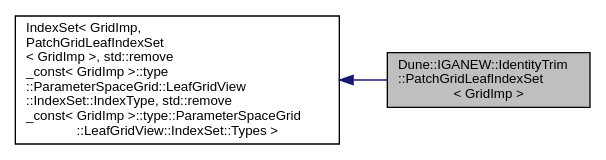
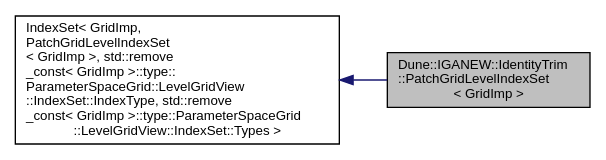
The diagram in d4/d49/a01590.dot (rath3t/dune-iga-doc), drawn with Graphviz before and after one commit. The commit also changed 602 other files, not shown here.

```diff
--- a/d4/d49/a01590.dot
+++ b/d4/d49/a01590.dot
@@ -1,10 +1,10 @@
-digraph "Dune::IGANEW::IdentityTrim::PatchGridLeafIndexSet&lt; GridImp &gt;"
+digraph "Dune::IGANEW::IdentityTrim::PatchGridLevelIndexSet&lt; GridImp &gt;"
 {
  // LATEX_PDF_SIZE
   edge [fontname="Helvetica",fontsize="10",labelfontname="Helvetica",labelfontsize="10"];
   node [fontname="Helvetica",fontsize="10",shape=record];
   rankdir="LR";
-  Node1 [label="Dune::IGANEW::IdentityTrim\l::PatchGridLeafIndexSet\l\< GridImp \>",height=0.2,width=0.4,color="black", fillcolor="grey75", style="filled", fontcolor="black",tooltip=" "];
+  Node1 [label="Dune::IGANEW::IdentityTrim\l::PatchGridLevelIndexSet\l\< GridImp \>",height=0.2,width=0.4,color="black", fillcolor="grey75", style="filled", fontcolor="black",tooltip=" "];
   Node2 -> Node1 [dir="back",color="midnightblue",fontsize="10",style="solid",fontname="Helvetica"];
-  Node2 [label="IndexSet\< GridImp,\l PatchGridLeafIndexSet\l\< GridImp \>, std::remove\l_const\< GridImp \>::type\l::ParameterSpaceGrid::LeafGridView\l::IndexSet::IndexType, std::remove\l_const\< GridImp \>::type::ParameterSpaceGrid\l::LeafGridView::IndexSet::Types \>",height=0.2,width=0.4,color="black", fillcolor="white", style="filled",tooltip=" "];
+  Node2 [label="IndexSet\< GridImp,\l PatchGridLevelIndexSet\l\< GridImp \>, std::remove\l_const\< GridImp \>::type::\lParameterSpaceGrid::LevelGridView\l::IndexSet::IndexType, std::remove\l_const\< GridImp \>::type::ParameterSpaceGrid\l::LevelGridView::IndexSet::Types \>",height=0.2,width=0.4,color="black", fillcolor="white", style="filled",tooltip=" "];
 }
```
